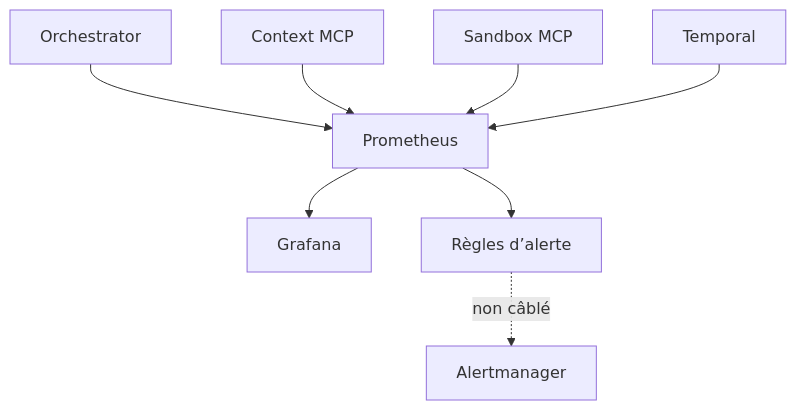
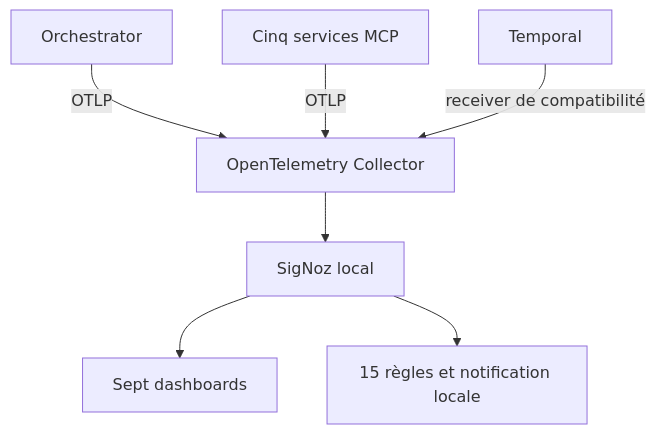
Before and after one commit to dbeaumont/ai-software-factory-local: diagram 17 of 20 in docs/overview/architecture-overview.md, drawn with Mermaid. The commit also changed other lines of this file and 19 other files, not shown here.

````diff
--- a/docs/overview/architecture-overview.md
+++ b/docs/overview/architecture-overview.md
@@ -717,10 +717,9 @@
 ```mermaid
 flowchart TB
-  ORCH[Orchestrator] --> PROM[Prometheus]
-  CTX[Context MCP] --> PROM
-  SBX[Sandbox MCP] --> PROM
-  TEMP[Temporal] --> PROM
-  PROM --> GRAF[Grafana]
-  PROM --> RULES[Règles d’alerte]
-  RULES -. non câblé .-> AM[Alertmanager]
+  ORCH[Orchestrator] -->|OTLP| OTEL[OpenTelemetry Collector]
+  MCP[Cinq services MCP] -->|OTLP| OTEL
+  TEMP[Temporal] -->|receiver de compatibilité| OTEL
+  OTEL --> SIGNOZ[SigNoz local]
+  SIGNOZ --> DASH[Sept dashboards]
+  SIGNOZ --> RULES[15 règles et notification locale]
 ```
````
